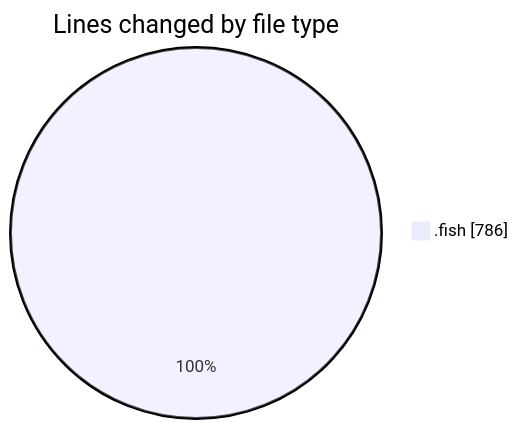
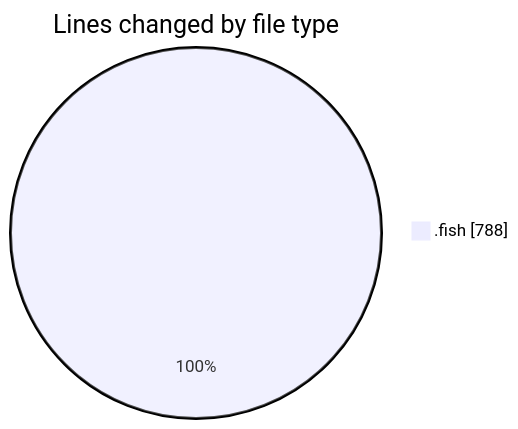
One commit to EIIisD/code-tracking changed the first of 2 diagrams in 2025-07-12/fish/README.md. Above: the diagram before and after it, drawn with Mermaid. The commit also changed other lines of this file and 1 other file, not shown here.

````diff
--- a/2025-07-12/fish/README.md
+++ b/2025-07-12/fish/README.md
@@ -21,5 +21,5 @@
 ```mermaid
 pie showData
 title Lines changed by file type
-".fish" : 786
+".fish" : 788
 ```
````
